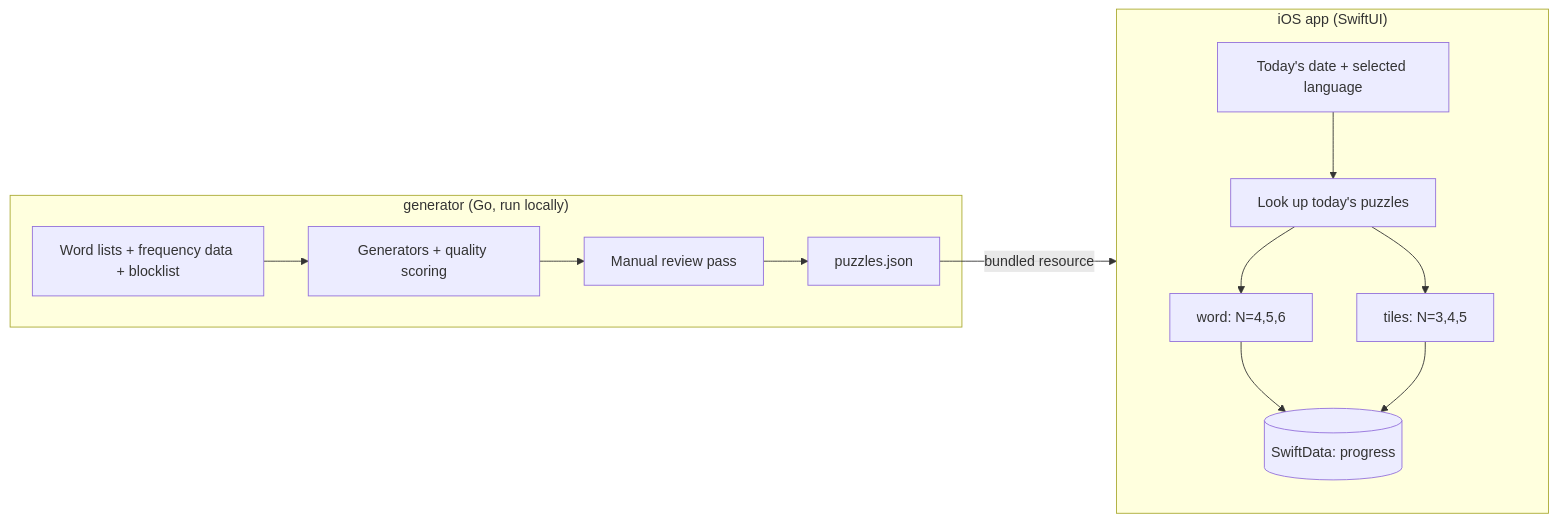
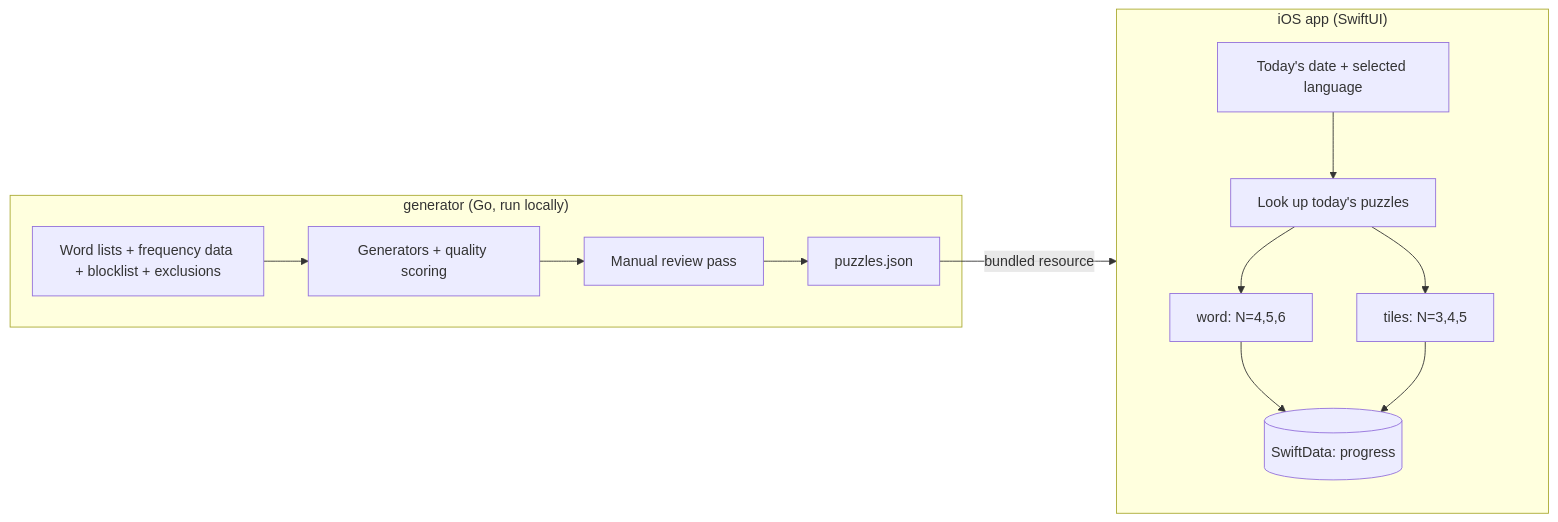
The diagram in docs/design.md (primandproper/ngrams), drawn with Mermaid before and after one commit. The commit also changed other lines of this file and 69 other files, not shown here.

````diff
--- a/docs/design.md
+++ b/docs/design.md
@@ -263,15 +272,15 @@
 ```mermaid
 flowchart LR
   subgraph Offline["generator (Go, run locally)"]
-    W[Word lists + frequency data + blocklist] --> G[Generators + quality scoring]
+    W[Word lists + frequency data + blocklist + exclusions] --> G[Generators + quality scoring]
     G --> R[Manual review pass]
     R --> B[puzzles.json]
   end
   B -->|bundled resource| A
   subgraph A["iOS app (SwiftUI)"]
     D[Today's date + selected language] --> P[Look up today's puzzles]
     P --> WG[word: N=4,5,6]
     P --> TG[tiles: N=3,4,5]
     WG & TG --> S[(SwiftData: progress)]
   end
 ```
````
